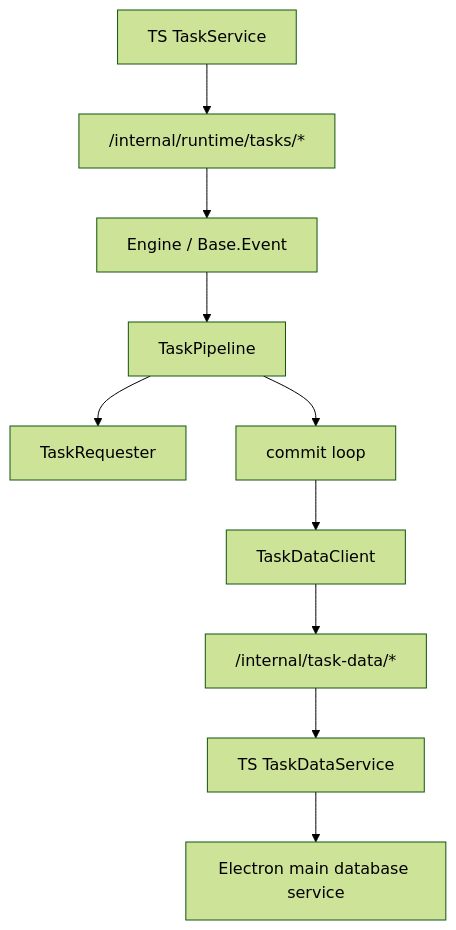
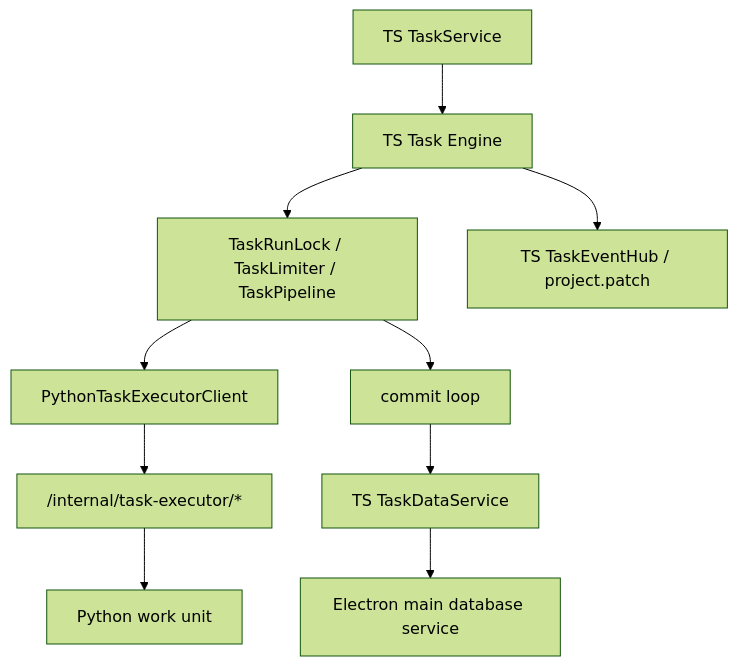
The third of 4 diagrams in docs/DATA.md (neavo/LinguaGacha), drawn with Mermaid (forest theme) before and after one commit. The commit also changed other lines of this file and 67 other files, not shown here.

````diff
--- a/docs/DATA.md
+++ b/docs/DATA.md
@@ -93,12 +94,12 @@
 ```mermaid
 flowchart TD
-    A["TS TaskService"] --> B["/internal/runtime/tasks/*"]
-    B --> C["Engine / Base.Event"]
-    C --> D["TaskPipeline"]
-    D --> E["TaskRequester"]
-    D --> F["commit loop"]
-    F --> G["TaskDataClient"]
-    G --> H["/internal/task-data/*"]
-    H --> I["TS TaskDataService"]
-    I --> J["Electron main database service"]
+    A["TS TaskService"] --> B["TS Task Engine"]
+    B --> C["TaskRunLock / TaskLimiter / TaskPipeline"]
+    C --> D["PythonTaskExecutorClient"]
+    D --> E["/internal/task-executor/*"]
+    E --> F["Python work unit"]
+    C --> G["commit loop"]
+    G --> H["TS TaskDataService"]
+    H --> I["Electron main database service"]
+    B --> J["TS TaskEventHub / project.patch"]
 ```
````
